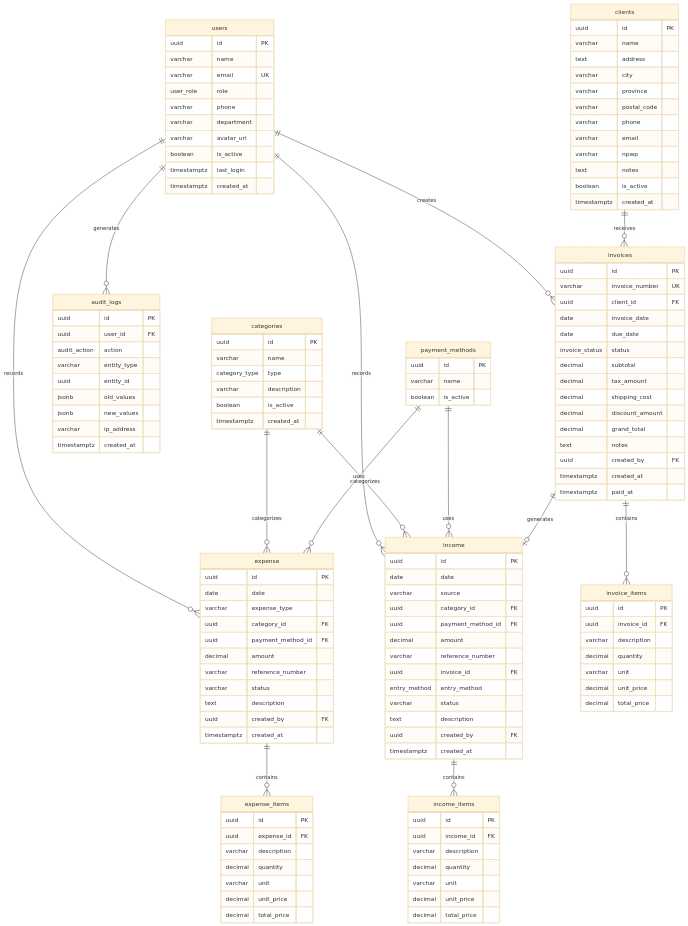
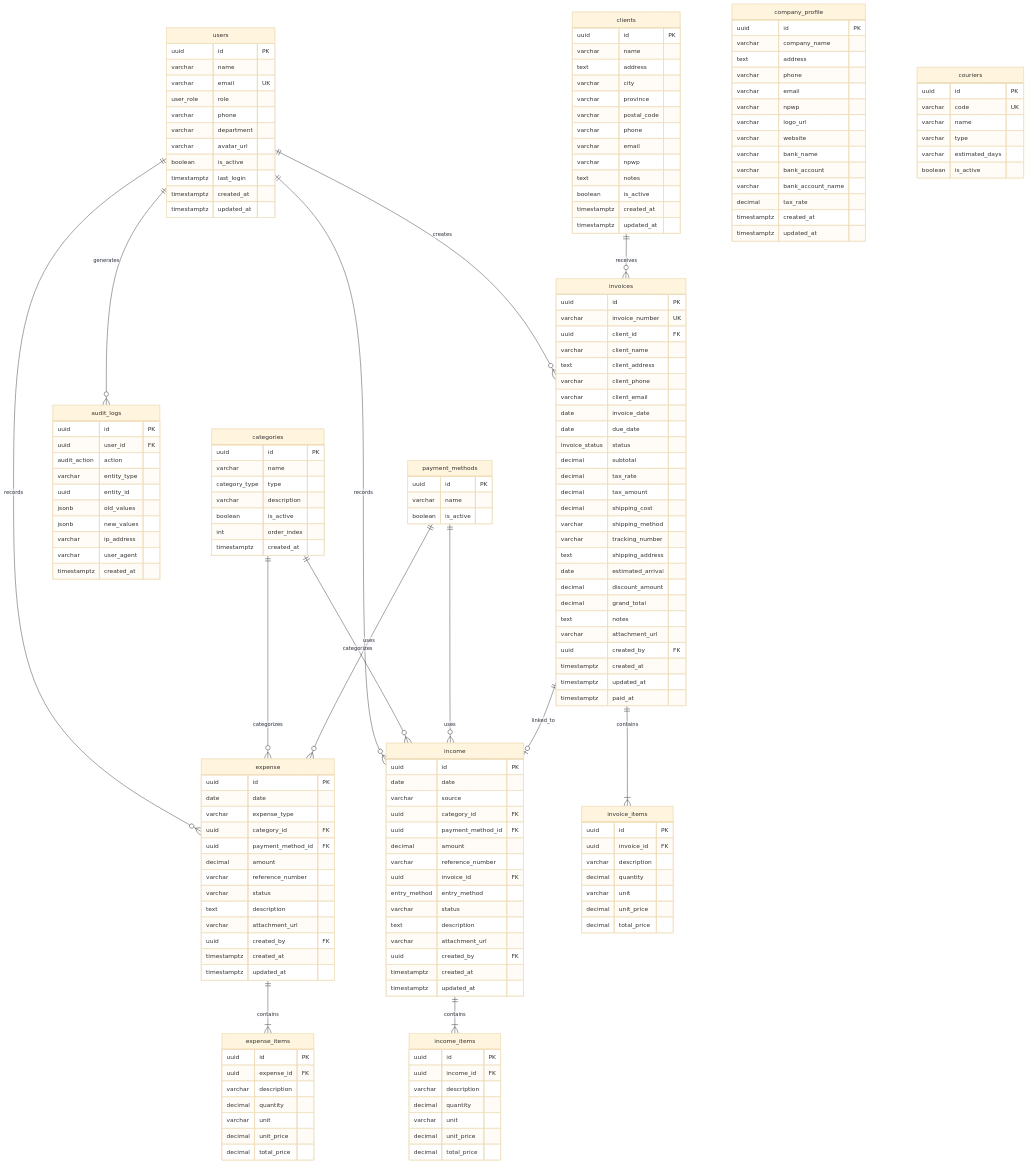
Before and after one commit to aadvxe/Gmera-Solusi: the first of 3 diagrams in README.md, drawn with Mermaid (base theme). The commit also changed other lines of this file and 1 other file, not shown here.

````diff
--- a/README.md
+++ b/README.md
@@ -89,23 +179,23 @@
 ```mermaid
 erDiagram
-    users ||--o{ invoices : creates
-    users ||--o{ income : records
-    users ||--o{ expense : records
-    users ||--o{ audit_logs : generates
+    users ||--o{ invoices : "creates"
+    users ||--o{ income : "records"
+    users ||--o{ expense : "records"
+    users ||--o{ audit_logs : "generates"
     
-    clients ||--o{ invoices : receives
+    clients ||--o{ invoices : "receives"
     
-    categories ||--o{ income : categorizes
-    categories ||--o{ expense : categorizes
+    categories ||--o{ income : "categorizes"
+    categories ||--o{ expense : "categorizes"
     
-    payment_methods ||--o{ income : uses
-    payment_methods ||--o{ expense : uses
+    payment_methods ||--o{ income : "uses"
+    payment_methods ||--o{ expense : "uses"
     
-    invoices ||--o{ invoice_items : contains
-    invoices ||--o| income : generates
+    invoices ||--|{ invoice_items : "contains"
+    invoices ||--o| income : "linked_to"
     
-    income ||--o{ income_items : contains
-    expense ||--o{ expense_items : contains
+    income ||--|{ income_items : "contains"
+    expense ||--|{ expense_items : "contains"
     
     users {
         uuid id PK
@@ -118,6 +208,7 @@
         boolean is_active
         timestamptz last_login
         timestamptz created_at
+        timestamptz updated_at
     }
     
     clients {
@@ -133,6 +224,7 @@
         text notes
         boolean is_active
         timestamptz created_at
+        timestamptz updated_at
     }
     
     categories {
@@ -141,6 +233,7 @@
         category_type type
         varchar description
         boolean is_active
+        int order_index
         timestamptz created_at
     }
     
@@ -154,17 +247,28 @@
         uuid id PK
         varchar invoice_number UK
         uuid client_id FK
+        varchar client_name
+        text client_address
+        varchar client_phone
+        varchar client_email
         date invoice_date
         date due_date
         invoice_status status
         decimal subtotal
+        decimal tax_rate
         decimal tax_amount
         decimal shipping_cost
+        varchar shipping_method
+        varchar tracking_number
+        text shipping_address
+        date estimated_arrival
         decimal discount_amount
         decimal grand_total
         text notes
+        varchar attachment_url
         uuid created_by FK
         timestamptz created_at
+        timestamptz updated_at
         timestamptz paid_at
     }
     
@@ -190,8 +294,10 @@
         entry_method entry_method
         varchar status
         text description
+        varchar attachment_url
         uuid created_by FK
         timestamptz created_at
+        timestamptz updated_at
     }
     
     income_items {
@@ -214,8 +320,10 @@
         varchar reference_number
         varchar status
         text description
+        varchar attachment_url
         uuid created_by FK
         timestamptz created_at
+        timestamptz updated_at
     }
     
     expense_items {
@@ -237,6 +345,33 @@
         jsonb old_values
         jsonb new_values
         varchar ip_address
+        varchar user_agent
         timestamptz created_at
     }
+    
+    company_profile {
+        uuid id PK
+        varchar company_name
+        text address
+        varchar phone
+        varchar email
+        varchar npwp
+        varchar logo_url
+        varchar website
+        varchar bank_name
+        varchar bank_account
+        varchar bank_account_name
+        decimal tax_rate
+        timestamptz created_at
+        timestamptz updated_at
+    }
+    
+    couriers {
+        uuid id PK
+        varchar code UK
+        varchar name
+        varchar type
+        varchar estimated_days
+        boolean is_active
+    }
 ```
````
